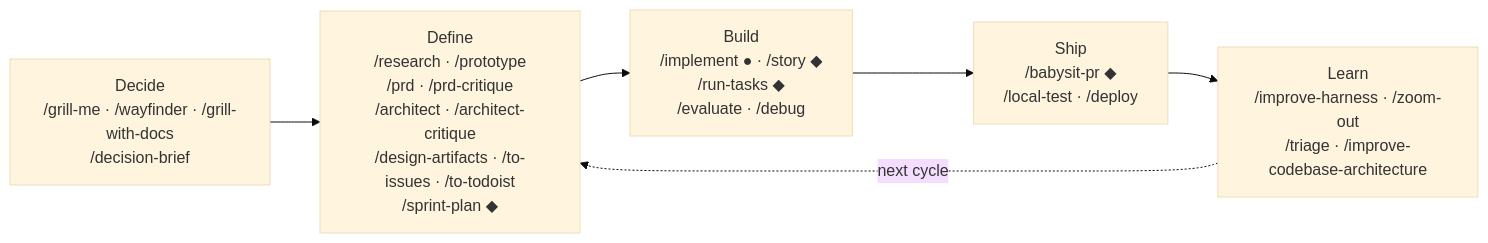
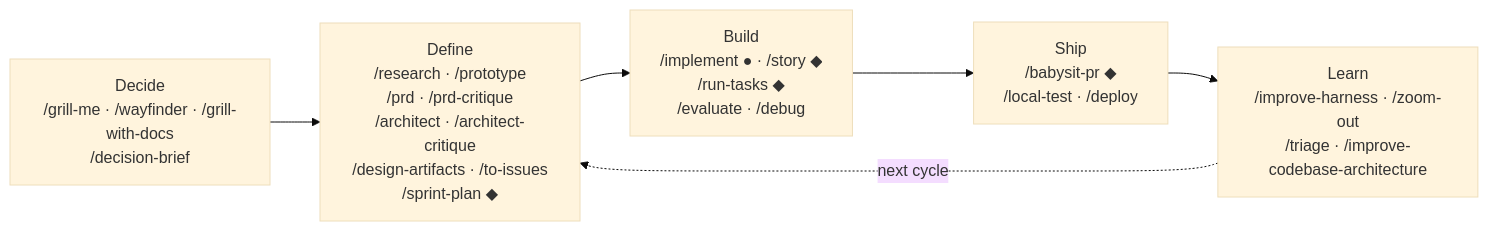
Before and after one commit to anudeeps28/claude-code-harness: the first of 3 diagrams in README.md, drawn with Mermaid (base theme). The commit also changed other lines of this file and 13 other files, not shown here.

````diff
--- a/README.md
+++ b/README.md
@@ -78,11 +78,11 @@
 ```mermaid
 flowchart LR
     P0["Decide<br/>/grill-me · /wayfinder · /grill-with-docs<br/>/decision-brief"]
-    P1["Define<br/>/research · /prototype<br/>/prd · /prd-critique<br/>/architect · /architect-critique<br/>/design-artifacts · /to-issues · /to-todoist<br/>/sprint-plan ◆"]
+    P1["Define<br/>/research · /prototype<br/>/prd · /prd-critique<br/>/architect · /architect-critique<br/>/design-artifacts · /to-issues<br/>/sprint-plan ◆"]
     P2["Build<br/>/implement ● · /story ◆<br/>/run-tasks ◆<br/>/evaluate · /debug"]
     P3["Ship<br/>/babysit-pr ◆<br/>/local-test · /deploy"]
     P4["Learn<br/>/improve-harness · /zoom-out<br/>/triage · /improve-codebase-architecture"]
 
     P0 --> P1 --> P2 --> P3 --> P4
     P4 -.->|"next cycle"| P1
 ```
````
